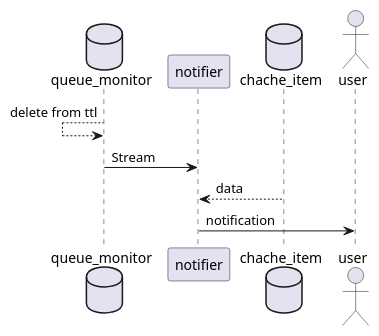
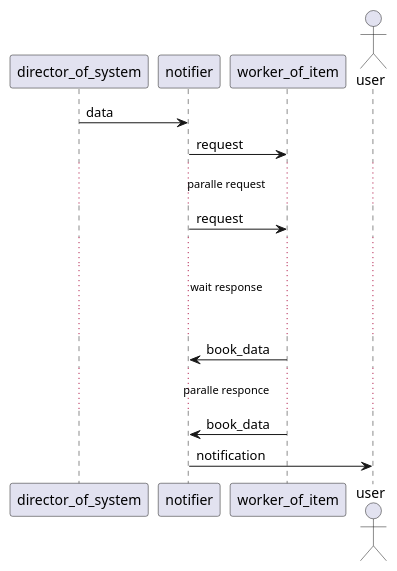
The second of 3 diagrams in docs/design.md (homura10059/find_sale_in_wishlist), drawn with PlantUML before and after one commit. The commit also changed other lines of this file, not shown here.

````diff
--- a/docs/design.md
+++ b/docs/design.md
@@ -99,18 +74,22 @@
 ```puml
 @startuml
+director_of_system -> notifier: data
 
-database queue_monitor
+notifier -> worker_of_item: request
+... paralle request ...
+notifier -> worker_of_item: request
 
-queue_monitor <-- queue_monitor: delete from ttl
+...
+... wait response ...
+...
 
-queue_monitor -> notifier: Stream
-
-database chache_item
-notifier <-- chache_item: data
+notifier <- worker_of_item: book_data
+... paralle responce ...
+notifier <- worker_of_item: book_data
 
 
 actor user
 notifier -> user: notification
 
 @enduml
 ```
````
